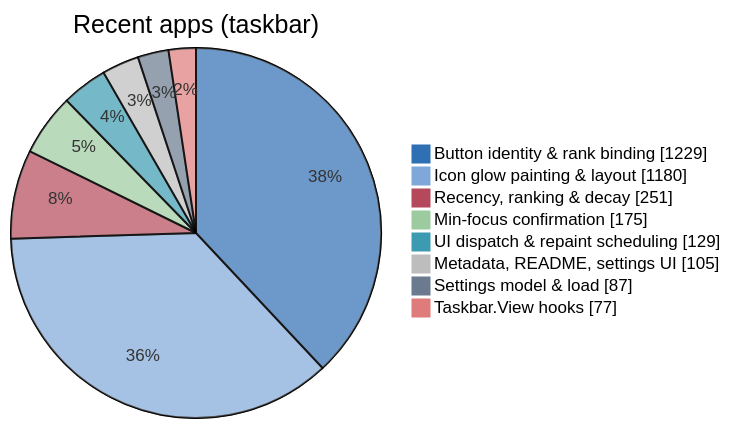
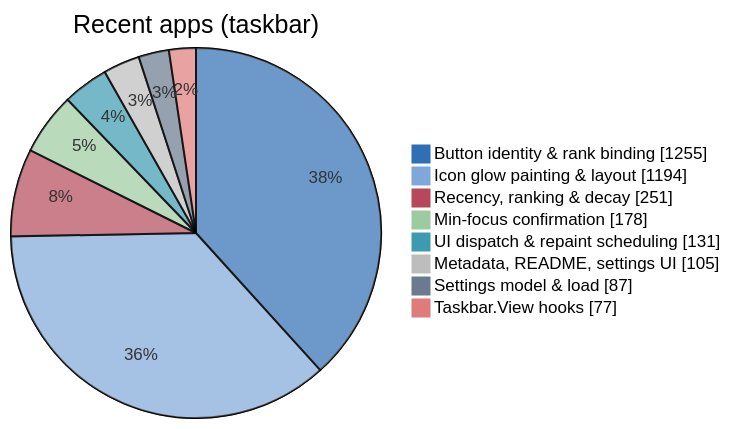
The third of 5 diagrams in doc/code/code-breakdown.md (jvlasek/taskbar-recent-focus-highlight), drawn with Mermaid before and after one commit. The commit also changed other lines of this file and 13 other files, not shown here.

````diff
--- a/doc/code/code-breakdown.md
+++ b/doc/code/code-breakdown.md
@@ -119,12 +119,12 @@
 ```mermaid
 %%{init: {"themeVariables": {"pie1": "#2F6FB3", "pie2": "#7FA7D9", "pie3": "#B5495B", "pie4": "#9CCB9F", "pie5": "#3C9BB0", "pie6": "#BDBDBD", "pie7": "#6B7A8F", "pie8": "#E07B7B", "pieOuterStrokeWidth": "1px"}}}%%
 pie showData title Recent apps (taskbar)
-    "Button identity & rank binding" : 1229
-    "Icon glow painting & layout" : 1180
+    "Button identity & rank binding" : 1255
+    "Icon glow painting & layout" : 1194
     "Recency, ranking & decay" : 251
-    "Min-focus confirmation" : 175
-    "UI dispatch & repaint scheduling" : 129
+    "Min-focus confirmation" : 178
+    "UI dispatch & repaint scheduling" : 131
     "Metadata, README, settings UI" : 105
     "Settings model & load" : 87
     "Taskbar.View hooks" : 77
 ```
````
